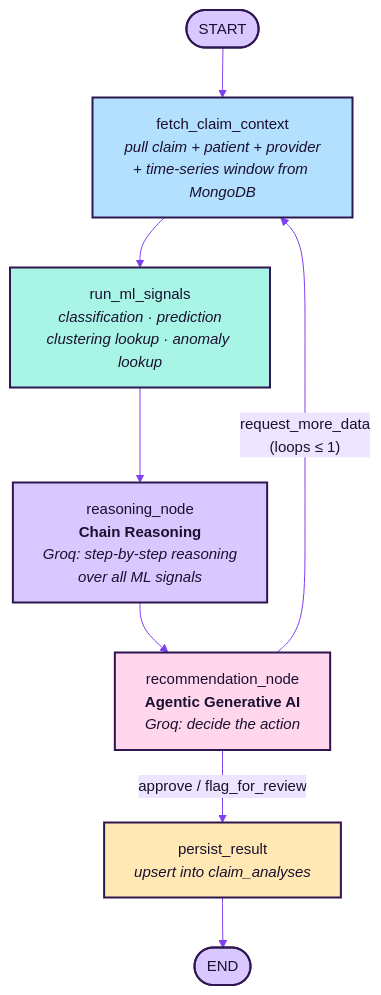
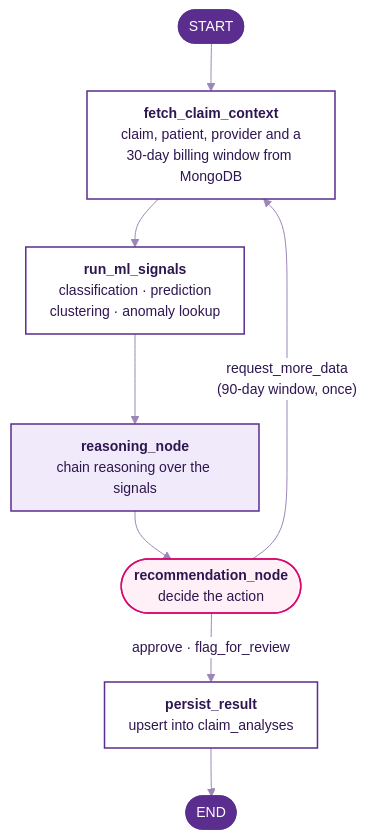
Before and after one commit to AhmedJesserLahmer/Cotiviti-ai-claims-review-assistant: the third of 4 diagrams in README.md, drawn with Mermaid. The commit also changed other lines of this file, not shown here.

First line of the commit message:
docs: redesign the README diagrams

````diff
--- a/README.md
+++ b/README.md
@@ -179,19 +205,22 @@
 ```mermaid
-%%{init: {"theme": "base", "themeVariables": {"primaryColor": "#ede4ff", "primaryBorderColor": "#2e1650", "primaryTextColor": "#1a1030", "lineColor": "#7e3ff2", "fontSize": "15px", "edgeLabelBackground": "#ede4ff", "secondaryColor": "#ede4ff", "tertiaryColor": "#ede4ff"}}}%%
+%%{init: {"theme": "base", "themeVariables": {"fontSize": "14px", "primaryColor": "#ffffff", "primaryBorderColor": "#5b2d8e", "primaryTextColor": "#2e1650", "lineColor": "#9b86b8", "clusterBkg": "#f8f5fc", "clusterBorder": "#d8cce8", "edgeLabelBackground": "#ffffff", "titleColor": "#5b2d8e"}, "flowchart": {"curve": "basis", "nodeSpacing": 36, "rankSpacing": 48, "padding": 12}}}%%
 flowchart TD
-    START(["START"]) --> A["fetch_claim_context<br/><i>pull claim + patient + provider<br/>+ time-series window from MongoDB</i>"]
-    A --> B["run_ml_signals<br/><i>classification · prediction<br/>clustering lookup · anomaly lookup</i>"]
-    B --> C["reasoning_node<br/><b>Chain Reasoning</b><br/><i>Groq: step-by-step reasoning<br/>over all ML signals</i>"]
-    C --> D["recommendation_node<br/><b>Agentic Generative AI</b><br/><i>Groq: decide the action</i>"]
-    D -->|"request_more_data<br/>(loops ≤ 1)"| A
-    D -->|"approve / flag_for_review"| E["persist_result<br/><i>upsert into claim_analyses</i>"]
-    E --> END(["END"])
+    S([START]):::terminal
+    A["<b>fetch_claim_context</b><br/>claim, patient, provider and a<br/>30-day billing window from MongoDB"]:::step
+    B["<b>run_ml_signals</b><br/>classification · prediction<br/>clustering · anomaly lookup"]:::step
+    C["<b>reasoning_node</b><br/>chain reasoning over the signals"]:::ai
+    D(["<b>recommendation_node</b><br/>decide the action"]):::decision
+    E["<b>persist_result</b><br/>upsert into claim_analyses"]:::step
+    X([END]):::terminal
 
-    style START fill:#d9c7ff,stroke:#2e1650,stroke-width:2px,color:#1a1030
-    style A fill:#b3e0ff,stroke:#2e1650,stroke-width:2px,color:#1a1030
-    style B fill:#a8f5e6,stroke:#2e1650,stroke-width:2px,color:#1a1030
-    style C fill:#d9c7ff,stroke:#2e1650,stroke-width:2px,color:#1a1030
-    style D fill:#ffd6ec,stroke:#2e1650,stroke-width:2px,color:#1a1030
-    style E fill:#ffe8b3,stroke:#2e1650,stroke-width:2px,color:#1a1030
-    style END fill:#d9c7ff,stroke:#2e1650,stroke-width:2px,color:#1a1030
+    S --> A --> B --> C --> D
+    D -- "request_more_data<br/>(90-day window, once)" --> A
+    D -- "approve · flag_for_review" --> E --> X
+
+    classDef step fill:#ffffff,stroke:#5b2d8e,stroke-width:1.5px,color:#2e1650
+    classDef ai fill:#f1eafb,stroke:#5b2d8e,stroke-width:1.5px,color:#2e1650
+    classDef decision fill:#fff0f7,stroke:#d6086f,stroke-width:1.5px,color:#2e1650
+    classDef store fill:#f4f1f8,stroke:#6b5a86,stroke-width:1.5px,color:#2e1650
+    classDef external fill:#f6f6f8,stroke:#8a8798,stroke-width:1.5px,stroke-dasharray:4 3,color:#3d3a4a
+    classDef terminal fill:#5b2d8e,stroke:#5b2d8e,stroke-width:1.5px,color:#ffffff
 ```
````
